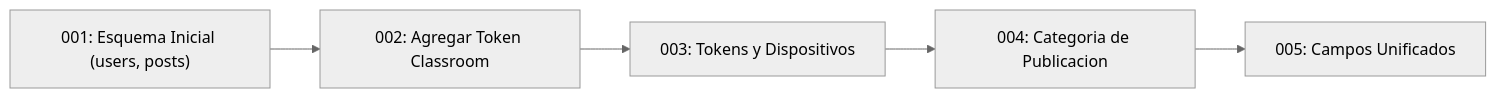
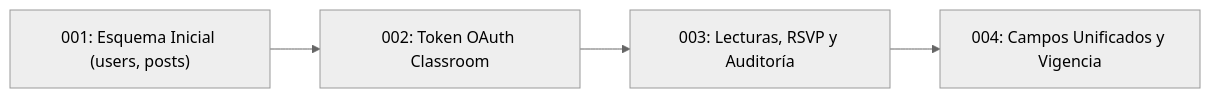
Before and after one commit to Pascal-Thommen/pascal-thommen.github.io: the third of 3 diagrams in content/posts/upa-campus-app-architecture-part-6/index.es.md, drawn with Mermaid (neutral theme). The commit also changed other lines of this file and 20 other files, not shown here.

Commit message:
feat(posts): refine UPA Campus App architecture series with holistic webapp mental model and specification depth

````diff
--- a/content/posts/upa-campus-app-architecture-part-6/index.es.md
+++ b/content/posts/upa-campus-app-architecture-part-6/index.es.md
@@ -261,7 +198,6 @@
 ```mermaid
 flowchart LR
-    Rev1["001: Esquema Inicial (users, posts)"] --> Rev2["002: Agregar Token Classroom"]
-    Rev2 --> Rev3["003: Tokens y Dispositivos"]
-    Rev3 --> Rev4["004: Categoria de Publicacion"]
-    Rev4 --> Rev5["005: Campos Unificados"]
+    Rev1["001: Esquema Inicial (users, posts)"] --> Rev2["002: Token OAuth Classroom"]
+    Rev2 --> Rev3["003: Lecturas, RSVP y Auditoría"]
+    Rev3 --> Rev4["004: Campos Unificados y Vigencia"]
 ```
````
